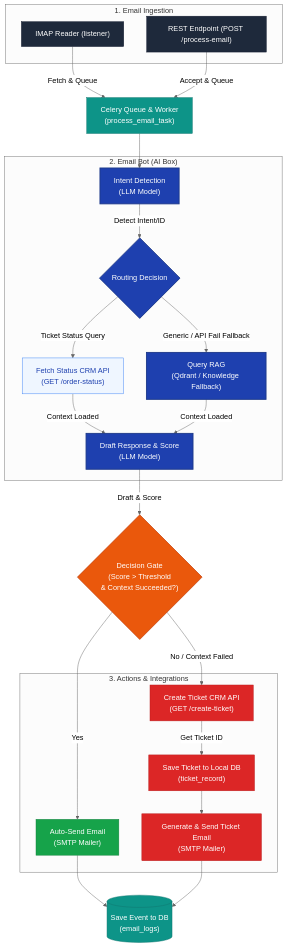
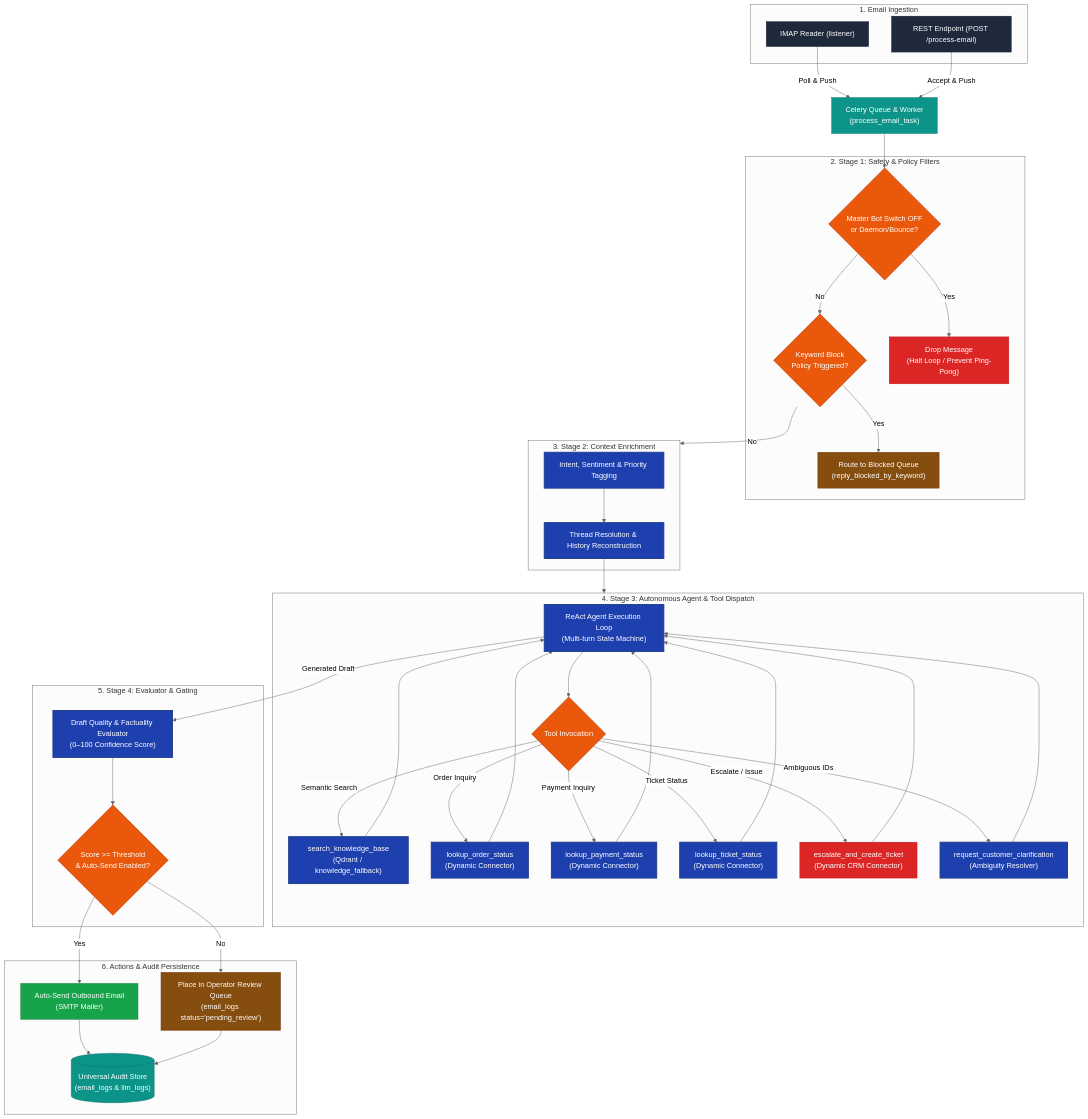
Before and after one commit to hyper-is-op/ai_mail_bot: the diagram in email_bot_flow.md, drawn with Mermaid (neutral theme). The commit also changed other lines of this file and 3 other files, not shown here.

Commit message:
docs: overhaul email_bot_flow.md with modern 4-stage pipeline architecture and connector specs

````diff
--- a/email_bot_flow.md
+++ b/email_bot_flow.md
@@ -15,56 +15,86 @@
     classDef decision fill:#ea580c,stroke:#c2410c,stroke-width:1.5px,color:#fff;
     classDef action fill:#16a34a,stroke:#15803d,stroke-width:1px,color:#fff;
     classDef escalate fill:#dc2626,stroke:#b91c1c,stroke-width:1px,color:#fff;
-    classDef api fill:#eff6ff,stroke:#3b82f6,stroke-width:1px,color:#1e40af;
+    classDef queue fill:#854d0e,stroke:#713f12,stroke-width:1px,color:#fff;
 
     %% Ingestion
     subgraph Ingestion["1. Email Ingestion"]
         A1["IMAP Reader (listener)"]:::source
         A2["REST Endpoint (POST /process-email)"]:::source
     end
-    
-    %% Celery
+
+    %% Celery Broker & Task
     B["Celery Queue & Worker<br/>(process_email_task)"]:::worker
-    
-    A1 -->|Fetch & Queue| B
-    A2 -->|Accept & Queue| B
-    
-    %% Email Bot
-    subgraph EmailBot["2. Email Bot (AI Box)"]
-        C["Intent Detection<br/>(LLM Model)"]:::bot
-        D{"Routing Decision"}:::bot
-        E1["Fetch Status CRM API<br/>(GET /order-status)"]:::api
-        E2["Query RAG<br/>(Qdrant / Knowledge Fallback)"]:::bot
-        F["Draft Response & Score<br/>(LLM Model)"]:::bot
+    A1 -->|Poll & Push| B
+    A2 -->|Accept & Push| B
+
+    %% Stage 1: Filters
+    subgraph Stage1["2. Stage 1: Safety & Policy Filters"]
+        F1{"Master Bot Switch OFF<br/>or Daemon/Bounce?"}:::decision
+        F2{"Keyword Block<br/>Policy Triggered?"}:::decision
+        Drop["Drop Message<br/>(Halt Loop / Prevent Ping-Pong)"]:::escalate
+        ReviewBlocked["Route to Blocked Queue<br/>(reply_blocked_by_keyword)"]:::queue
     end
-    
-    B --> C
-    C -->|Detect Intent/ID| D
-    D -->|Ticket Status Query| E1
-    D -->|Generic / API Fail Fallback| E2
-    E1 -->|Context Loaded| F
-    E2 -->|Context Loaded| F
-    
-    %% Decision Gate
-    G{"Decision Gate<br/>(Score > Threshold<br/>& Context Succeeded?)"}:::decision
-    
-    F -->|Draft & Score| G
-    
-    %% Output Actions
-    subgraph Response["3. Actions & Integrations"]
-        H["Auto-Send Email<br/>(SMTP Mailer)"]:::action
-        I["Create Ticket CRM API<br/>(GET /create-ticket)"]:::escalate
-        J["Save Ticket to Local DB<br/>(ticket_record)"]:::escalate
-        K["Generate & Send Ticket Email<br/>(SMTP Mailer)"]:::escalate
+
+    B --> F1
+    F1 -->|Yes| Drop
+    F1 -->|No| F2
+    F2 -->|Yes| ReviewBlocked
+    F2 -->|No| Stage2
+
+    %% Stage 2: Enricher
+    subgraph Stage2["3. Stage 2: Context Enrichment"]
+        E1["Intent, Sentiment & Priority Tagging"]:::bot
+        E2["Thread Resolution & History Reconstruction"]:::bot
     end
-    
-    G -->|Yes| H
-    G -->|No / Context Failed| I
-    I -->|Get Ticket ID| J
-    J --> K
-    
-    %% Event Logging
-    L[("Save Event to DB<br/>(email_logs)")]:::worker
-    H --> L
-    K --> L
+
+    E1 --> E2
+    E2 --> Stage3
+
+    %% Stage 3: Autonomous Agent Loop
+    subgraph Stage3["4. Stage 3: Autonomous Agent & Tool Dispatch"]
+        Agent["ReAct Agent Execution Loop<br/>(Multi-turn State Machine)"]:::bot
+        Tools{"Tool Invocation"}:::decision
+        T1["search_knowledge_base<br/>(Qdrant / knowledge_fallback)"]:::bot
+        T2["lookup_order_status<br/>(Dynamic Connector)"]:::bot
+        T3["lookup_payment_status<br/>(Dynamic Connector)"]:::bot
+        T4["lookup_ticket_status<br/>(Dynamic Connector)"]:::bot
+        T5["escalate_and_create_ticket<br/>(Dynamic CRM Connector)"]:::escalate
+        T6["request_customer_clarification<br/>(Ambiguity Resolver)"]:::bot
+    end
+
+    Agent --> Tools
+    Tools -->|Semantic Search| T1
+    Tools -->|Order Inquiry| T2
+    Tools -->|Payment Inquiry| T3
+    Tools -->|Ticket Status| T4
+    Tools -->|Escalate / Issue| T5
+    Tools -->|Ambiguous IDs| T6
+    T1 --> Agent
+    T2 --> Agent
+    T3 --> Agent
+    T4 --> Agent
+    T5 --> Agent
+    T6 --> Agent
+
+    %% Stage 4: Evaluator
+    subgraph Stage4["5. Stage 4: Evaluator & Gating"]
+        Eval["Draft Quality & Factuality Evaluator<br/>(0–100 Confidence Score)"]:::bot
+        Gate{"Score >= Threshold<br/>& Auto-Send Enabled?"}:::decision
+    end
+
+    Agent -->|Generated Draft| Eval
+    Eval --> Gate
+
+    %% Stage 5: Outbound Actions & Persistence
+    subgraph Actions["6. Actions & Audit Persistence"]
+        Send["Auto-Send Outbound Email<br/>(SMTP Mailer)"]:::action
+        PendingQueue["Place in Operator Review Queue<br/>(email_logs status='pending_review')"]:::queue
+        AuditLog[("Universal Audit Store<br/>(email_logs & llm_logs)")]:::worker
+    end
+
+    Gate -->|Yes| Send
+    Gate -->|No| PendingQueue
+    Send --> AuditLog
+    PendingQueue --> AuditLog
 ```
````
